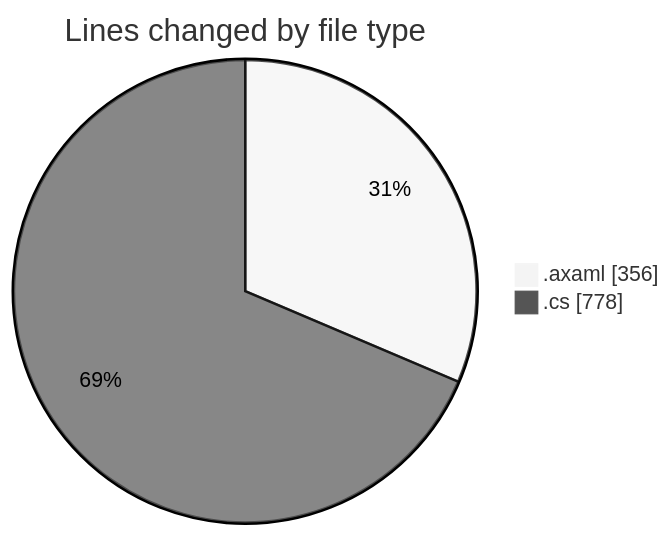
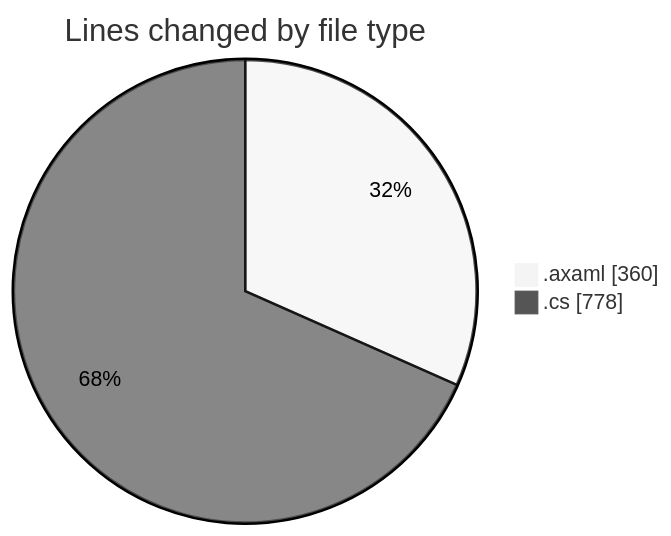
One commit to Netris89/code-tracking changed the first of 2 diagrams in 2025-11-01/skintrack/README.md. Above: the diagram before and after it, drawn with Mermaid (neutral theme). The commit also changed other lines of this file and 1 other file, not shown here.

````diff
--- a/2025-11-01/skintrack/README.md
+++ b/2025-11-01/skintrack/README.md
@@ -26,6 +26,6 @@
 ```mermaid
 pie showData
 title Lines changed by file type
-".axaml" : 356
+".axaml" : 360
 ".cs" : 778
 ```
````
